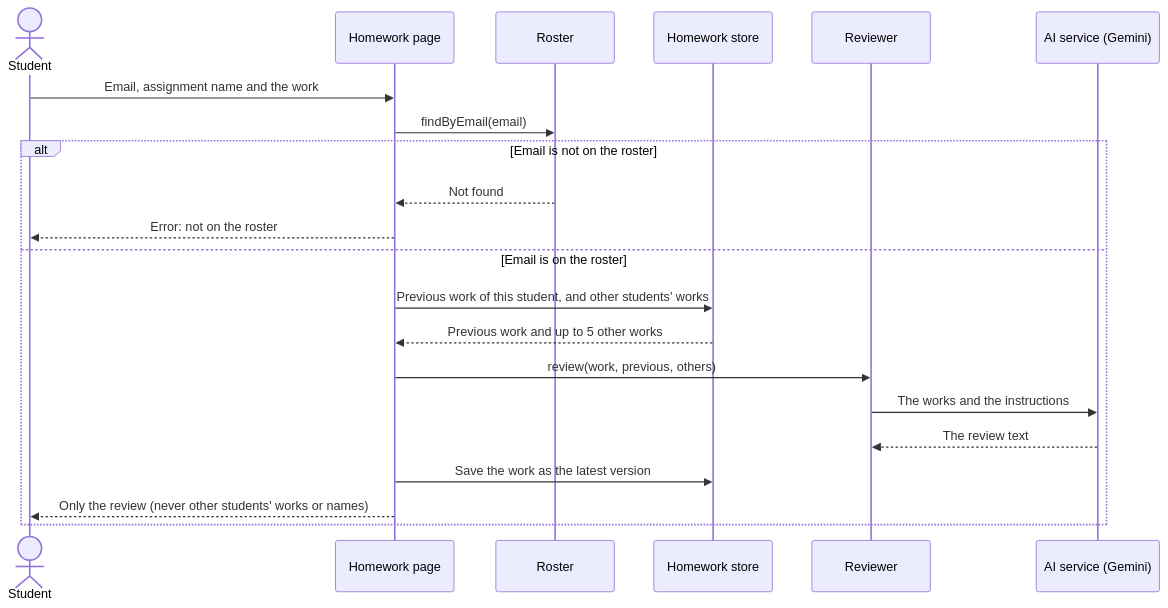
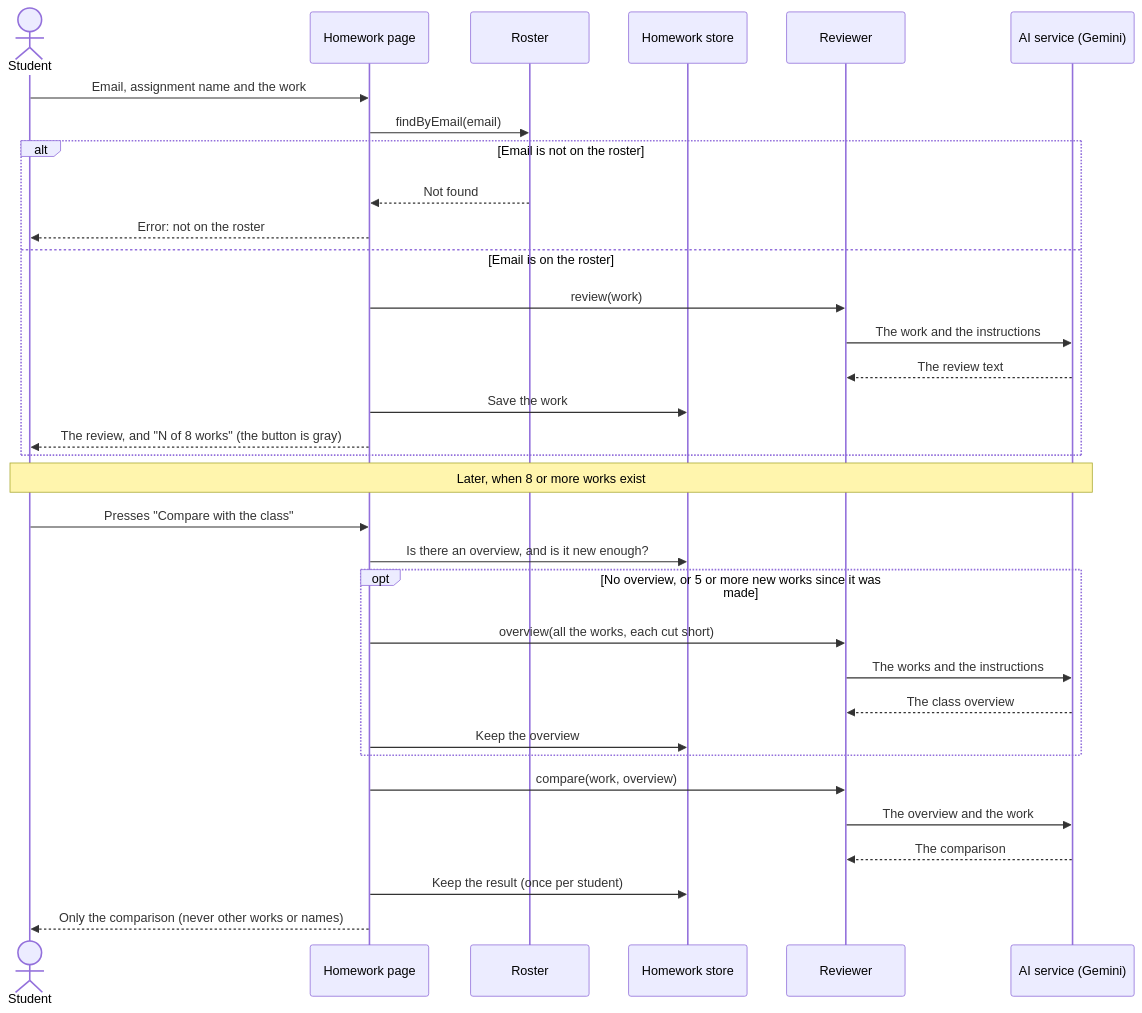
The sixth of 7 diagrams in diagrams.md (Maycaspi110/Class_Attendance), drawn with Mermaid before and after one commit. The commit also changed other lines of this file and 12 other files, not shown here.

Commit message:
Update the documents for the new homework design: one review, and a comparison with the class

````diff
--- a/diagrams.md
+++ b/diagrams.md
@@ -242,24 +246,37 @@
 ```mermaid
 sequenceDiagram
   actor St as Student
   participant HP as Homework page
   participant R as Roster
   participant HS as Homework store
   participant RV as Reviewer
   participant AI as AI service (Gemini)
 
   St->>HP: Email, assignment name and the work
   HP->>R: findByEmail(email)
   alt Email is not on the roster
     R-->>HP: Not found
     HP-->>St: Error: not on the roster
   else Email is on the roster
-    HP->>HS: Previous work of this student, and other students' works
-    HS-->>HP: Previous work and up to 5 other works
-    HP->>RV: review(work, previous, others)
+    HP->>RV: review(work)
+    RV->>AI: The work and the instructions
+    AI-->>RV: The review text
+    HP->>HS: Save the work
+    HP-->>St: The review, and "N of 8 works" (the button is gray)
+  end
+
+  Note over St,AI: Later, when 8 or more works exist
+  St->>HP: Presses "Compare with the class"
+  HP->>HS: Is there an overview, and is it new enough?
+  opt No overview, or 5 or more new works since it was made
+    HP->>RV: overview(all the works, each cut short)
     RV->>AI: The works and the instructions
-    AI-->>RV: The review text
-    HP->>HS: Save the work as the latest version
-    HP-->>St: Only the review (never other students' works or names)
+    AI-->>RV: The class overview
+    HP->>HS: Keep the overview
   end
+  HP->>RV: compare(work, overview)
+  RV->>AI: The overview and the work
+  AI-->>RV: The comparison
+  HP->>HS: Keep the result (once per student)
+  HP-->>St: Only the comparison (never other works or names)
 ```
````
